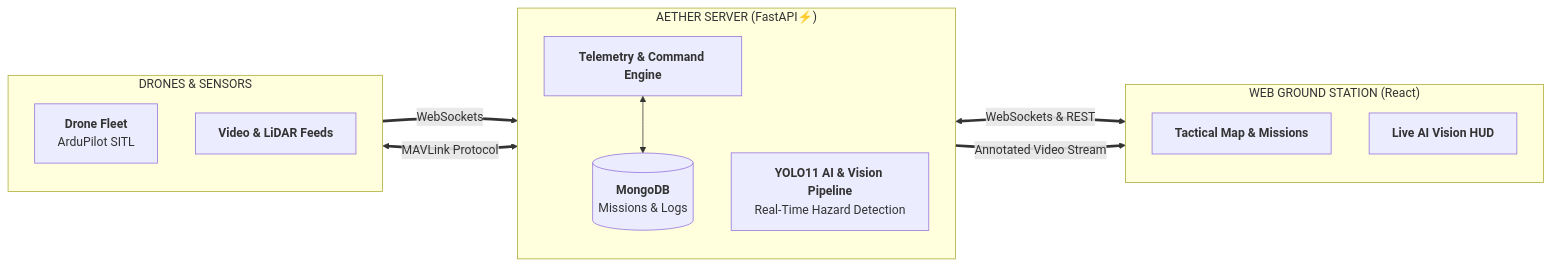
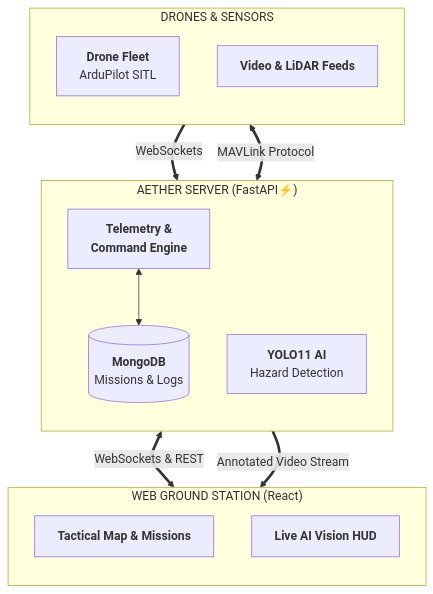
Before and after one commit to AnuragGupta181/AetherGCS: the diagram in README.md, drawn with Mermaid.

Commit message:
some updates

````diff
--- a/README.md
+++ b/README.md
@@ -32,31 +32,31 @@
 ```mermaid
 ---
 config:
   layout: fixed
 ---
-flowchart LR
+flowchart TB
  subgraph FIELD["DRONES & SENSORS"]
     direction TB
         DRONE["<b>Drone Fleet</b><br>ArduPilot SITL"]
         CAM["<b>Video &amp; LiDAR Feeds</b><br>"]
   end
  subgraph SERVER["AETHER SERVER (FastAPI⚡)"]
     direction TB
-        CORE["<b>Telemetry &amp; Command Engine</b><br>"]
-        AI["<b>YOLO11 AI &amp; Vision Pipeline</b><br>Real-Time Hazard Detection"]
+        CORE["<b>Telemetry &amp; <br>Command Engine</b><br>"]
+        AI["<b>YOLO11 AI</b><br>Hazard Detection"]
         DB[("<b>MongoDB</b><br>Missions &amp; Logs")]
   end
- subgraph UI["WEB GROUND STATION (React)"]
+ subgraph UI["  WEB GROUND STATION (React)"]
     direction TB
         MAP["<b>Tactical Map &amp; Missions</b><br>"]
         HUD["<b>Live AI Vision HUD</b><br>"]
   end
     CORE <--> DB
     CORE L_CORE_MAP_0@<== WebSockets & REST ==> MAP
     CAM == WebSockets ==> AI
     AI == Annotated Video Stream ==> HUD
     DRONE <== MAVLink Protocol ==> CORE
 
 
     L_CORE_MAP_0@{ curve: linear }
 ```
````
